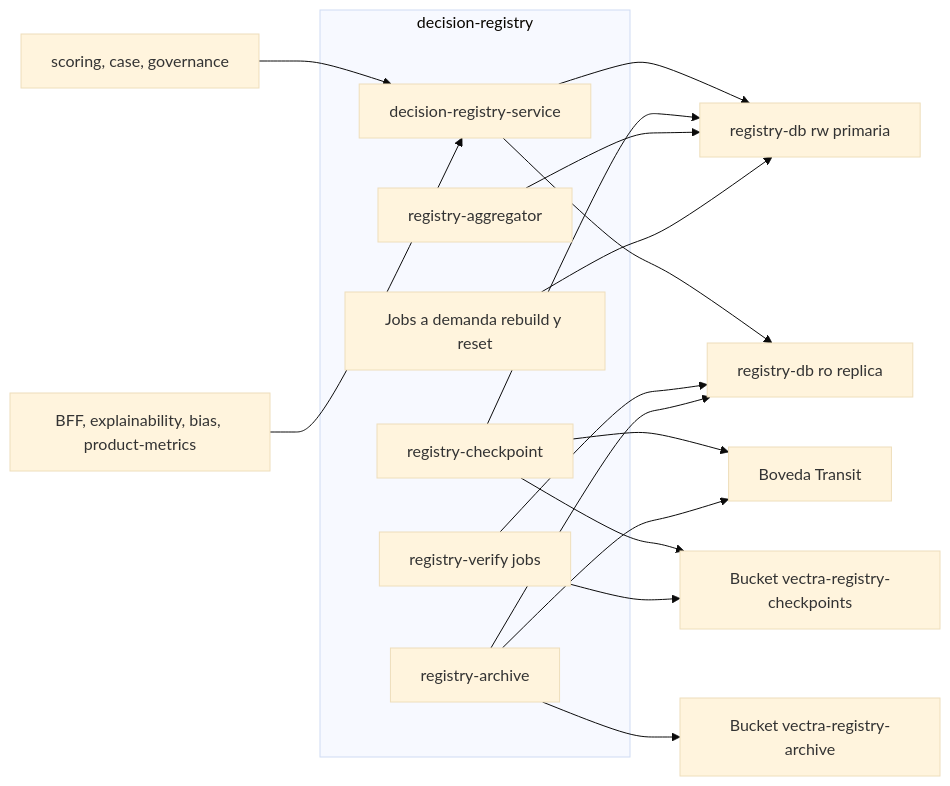
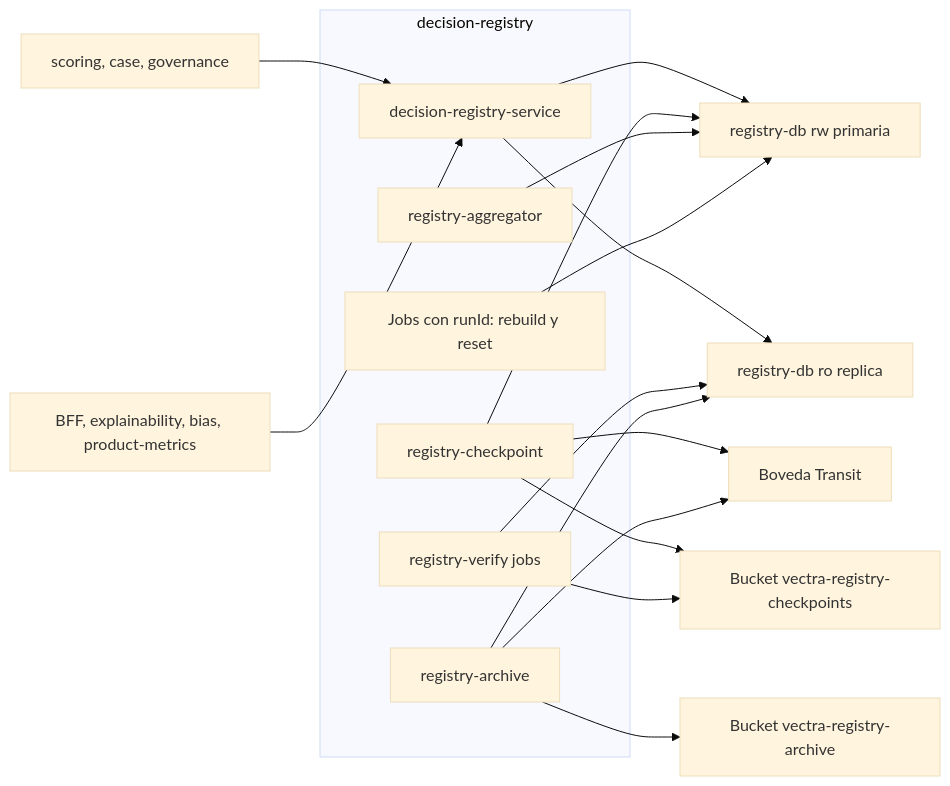
One commit to jjlloobb/topicos-especiales-credito-de-vivienda changed the diagram in vectra-risk/aidlc-docs/construction/decision-registry/nfr-design/logical-components.md. Above: the diagram before and after it, drawn with Mermaid (base theme). The commit also changed other lines of this file and 107 other files, not shown here.

````diff
--- a/vectra-risk/aidlc-docs/construction/decision-registry/nfr-design/logical-components.md
+++ b/vectra-risk/aidlc-docs/construction/decision-registry/nfr-design/logical-components.md
@@ -29,33 +29,33 @@
 ```mermaid
 flowchart LR
     callers["scoring, case, governance"]
     readers["BFF, explainability, bias, product-metrics"]
     subgraph registry["decision-registry"]
         api["decision-registry-service"]
         ckpt["registry-checkpoint"]
         verify["registry-verify jobs"]
         archive["registry-archive"]
         agg["registry-aggregator"]
-        rebuild["Jobs a demanda rebuild y reset"]
+        rebuild["Jobs con runId: rebuild y reset"]
     end
     rw["registry-db rw primaria"]
     ro["registry-db ro replica"]
     vault["Boveda Transit"]
     wormC["Bucket vectra-registry-checkpoints"]
     wormA["Bucket vectra-registry-archive"]
 
     callers --> api
     readers --> api
     api --> rw
     api --> ro
     ckpt --> rw
     ckpt --> vault
     ckpt --> wormC
     verify --> ro
     verify --> wormC
     archive --> ro
     archive --> vault
     archive --> wormA
     agg --> rw
     rebuild --> rw
 ```
````
